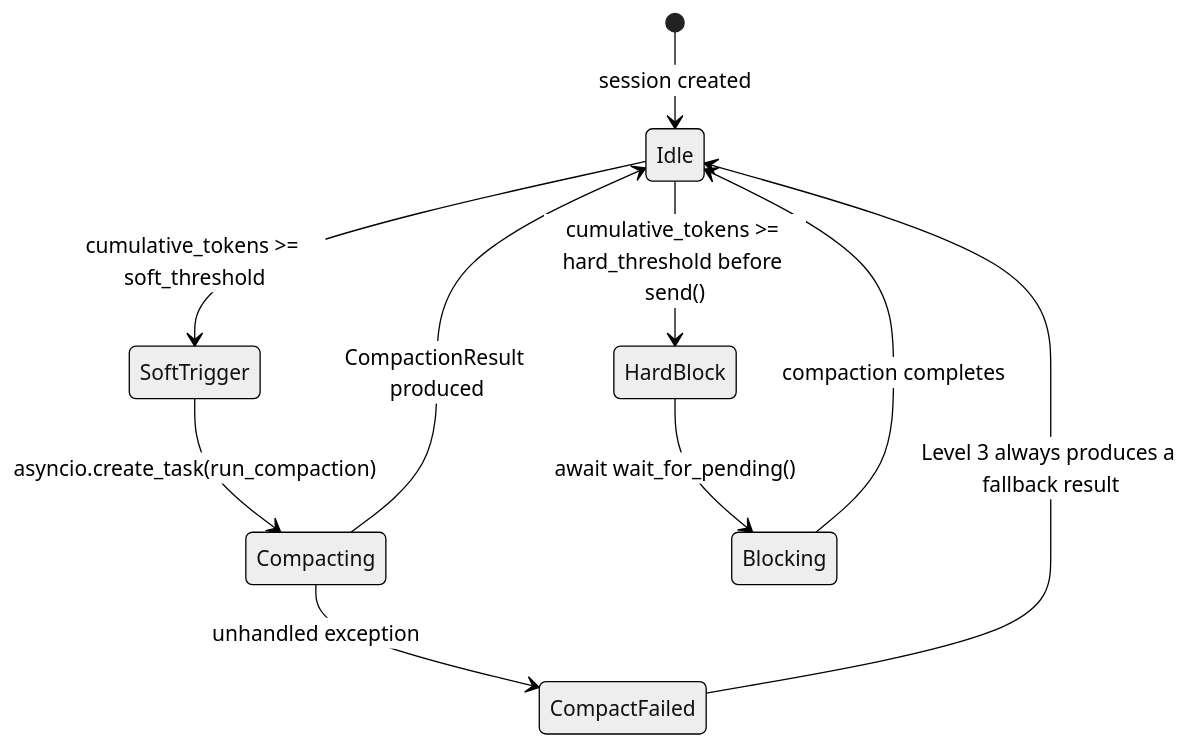
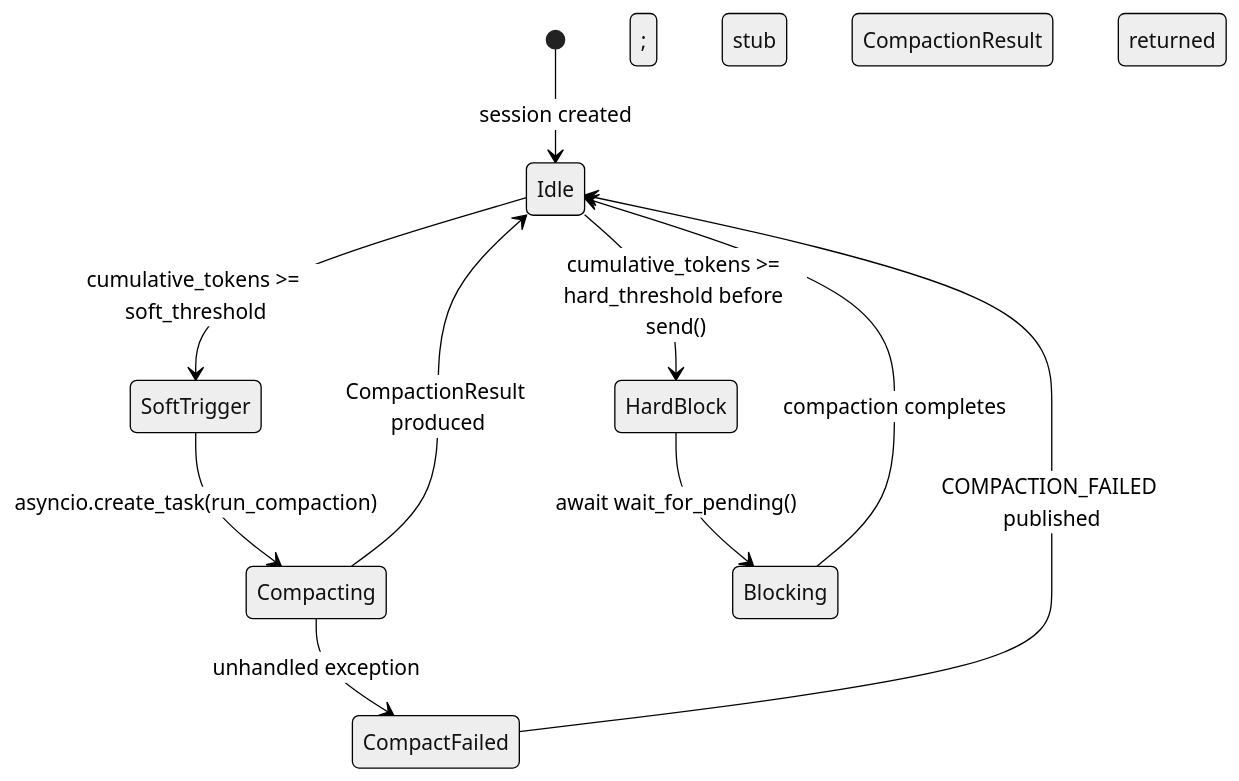
Before and after one commit to Lucenor/mnesis: the third of 3 diagrams in docs/architecture.md, drawn with Mermaid (neutral theme). The commit also changed other lines of this file and 1 other file, not shown here.

````diff
--- a/docs/architecture.md
+++ b/docs/architecture.md
@@ -292,15 +292,15 @@
 ```mermaid
 stateDiagram-v2
     [*] --> Idle : session created
 
     Idle --> SoftTrigger : cumulative_tokens >= soft_threshold
     SoftTrigger --> Compacting : asyncio.create_task(run_compaction)
     Compacting --> Idle : CompactionResult produced
 
     Idle --> HardBlock : cumulative_tokens >= hard_threshold before send()
     HardBlock --> Blocking : await wait_for_pending()
     Blocking --> Idle : compaction completes
 
     Compacting --> CompactFailed : unhandled exception
-    CompactFailed --> Idle : Level 3 always produces a fallback result
+    CompactFailed --> Idle : COMPACTION_FAILED published; stub CompactionResult returned
 ```
````
